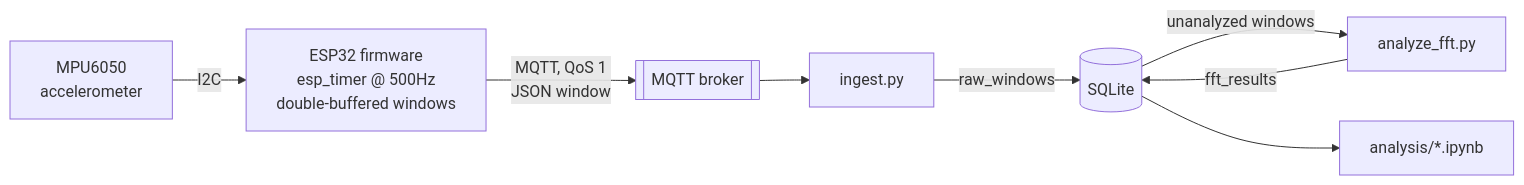
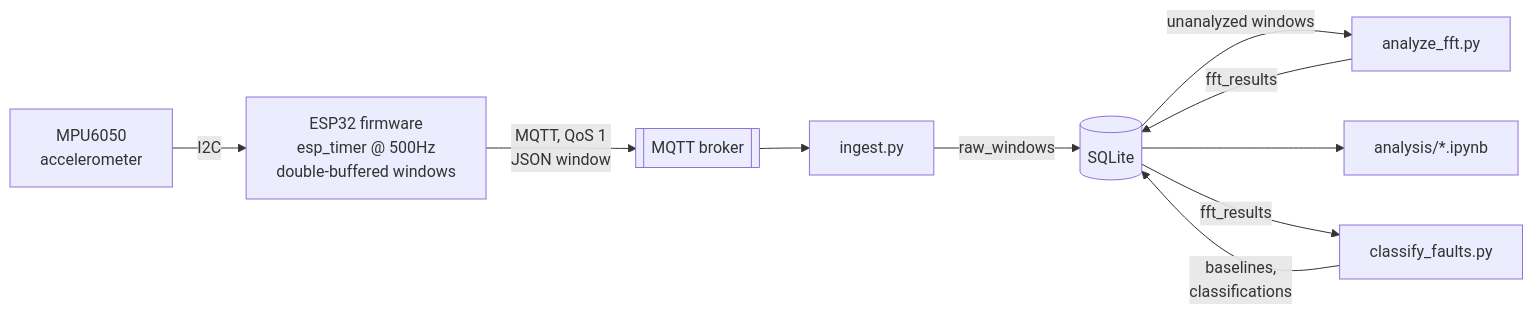
The diagram in README.md (tyroneous9/Conveyor-Monitor), drawn with Mermaid before and after one commit. The commit also changed other lines of this file and 5 other files, not shown here.

````diff
--- a/README.md
+++ b/README.md
@@ -57,10 +89,12 @@
 ```mermaid
 flowchart LR
     MPU["MPU6050<br/>accelerometer"] -->|I2C| ESP["ESP32 firmware<br/>esp_timer @ 500Hz<br/>double-buffered windows"]
     ESP -->|"MQTT, QoS 1<br/>JSON window"| Broker[["MQTT broker"]]
     Broker --> Ingest["ingest.py"]
     Ingest -->|raw_windows| DB[("SQLite")]
     DB -->|unanalyzed windows| Analyze["analyze_fft.py"]
     Analyze -->|fft_results| DB
     DB --> NB["analysis/*.ipynb"]
+    DB -->|fft_results| Classify["classify_faults.py"]
+    Classify -->|baselines,<br/>classifications| DB
 ```
````
